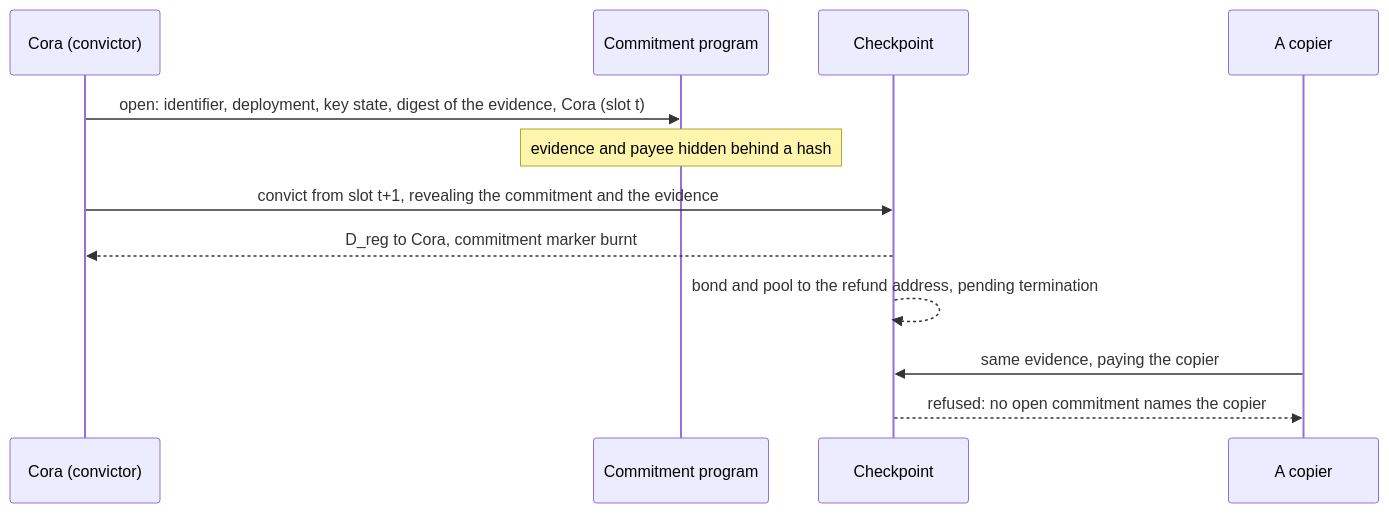
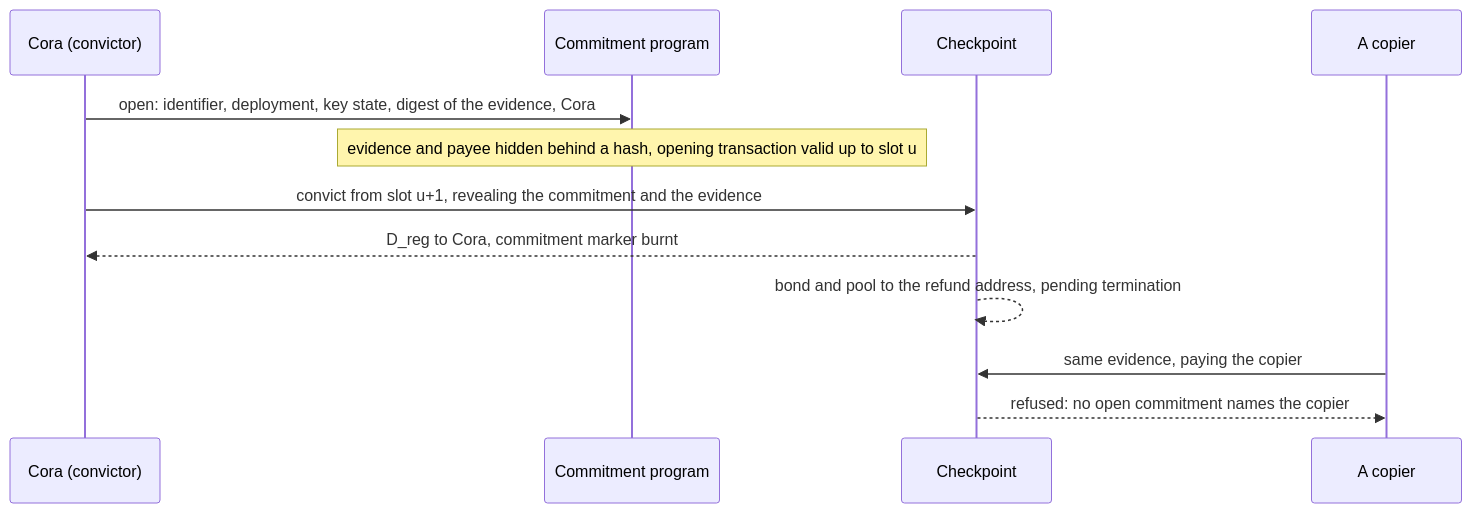
The second of 3 diagrams in docs/design/trust-model.md (lambdasistemi/cardano-keri), drawn with Mermaid before and after one commit. The commit also changed other lines of this file and 13 other files, not shown here.

````diff
--- a/docs/design/trust-model.md
+++ b/docs/design/trust-model.md
@@ -287,14 +296,14 @@
 ```mermaid
 sequenceDiagram
   participant C as Cora (convictor)
   participant P as Commitment program
   participant K as Checkpoint
   participant M as A copier
-  C->>P: open: identifier, deployment, key state, digest of the evidence, Cora (slot t)
-  Note over P: evidence and payee hidden behind a hash
-  C->>K: convict from slot t+1, revealing the commitment and the evidence
+  C->>P: open: identifier, deployment, key state, digest of the evidence, Cora
+  Note over P: evidence and payee hidden behind a hash, opening transaction valid up to slot u
+  C->>K: convict from slot u+1, revealing the commitment and the evidence
   K-->>C: D_reg to Cora, commitment marker burnt
   K-->>K: bond and pool to the refund address, pending termination
   M->>K: same evidence, paying the copier
   K-->>M: refused: no open commitment names the copier
 ```
````
